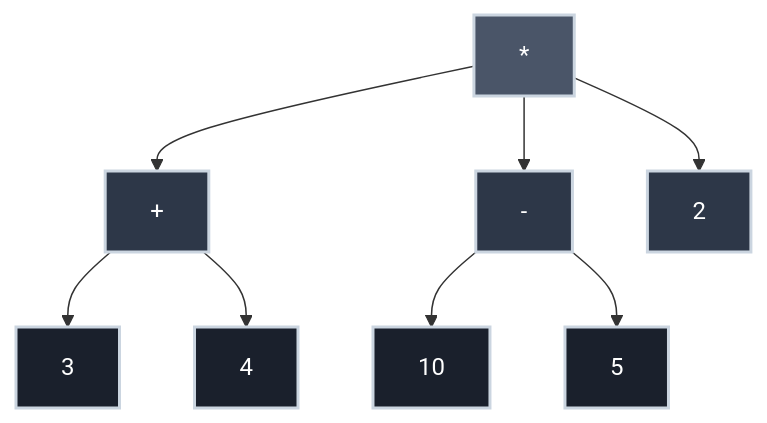
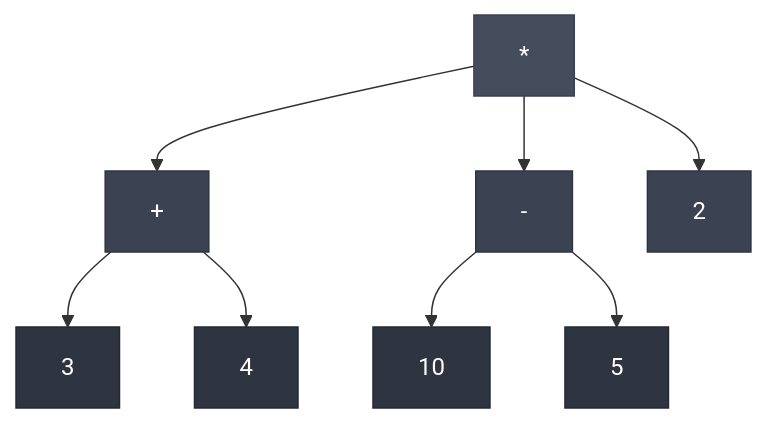
One commit to bradpenney/exploring_computer_science changed the fourth of 8 diagrams in docs/fundamentals/scheme_and_parse_trees.md. Above: the diagram before and after it, drawn with Mermaid. The commit also changed other lines of this file and 7 other files, not shown here.

````diff
--- a/docs/fundamentals/scheme_and_parse_trees.md
+++ b/docs/fundamentals/scheme_and_parse_trees.md
@@ -238,19 +287,19 @@
-```mermaid
-graph TD
-    Times["*"] --> Plus["+"]
-    Times --> Minus["-"]
-    Times --> Two["2"]
-    Plus --> Three["3"]
-    Plus --> Four["4"]
-    Minus --> Ten["10"]
-    Minus --> Five["5"]
+    ```mermaid
+    graph TD
+        Times["*"] --> Plus["+"]
+        Times --> Minus["-"]
+        Times --> Two["2"]
+        Plus --> Three["3"]
+        Plus --> Four["4"]
+        Minus --> Ten["10"]
+        Minus --> Five["5"]
 
-    style Times fill:#4a5568,stroke:#cbd5e0,stroke-width:2px,color:#fff
-    style Plus fill:#2d3748,stroke:#cbd5e0,stroke-width:2px,color:#fff
-    style Minus fill:#2d3748,stroke:#cbd5e0,stroke-width:2px,color:#fff
-    style Two fill:#2d3748,stroke:#cbd5e0,stroke-width:2px,color:#fff
-    style Three fill:#1a202c,stroke:#cbd5e0,stroke-width:2px,color:#fff
-    style Four fill:#1a202c,stroke:#cbd5e0,stroke-width:2px,color:#fff
-    style Ten fill:#1a202c,stroke:#cbd5e0,stroke-width:2px,color:#fff
-    style Five fill:#1a202c,stroke:#cbd5e0,stroke-width:2px,color:#fff
-```
+        style Times fill:#454d5d,stroke:#3b4252,color:#fff
+        style Plus fill:#3b4252,stroke:#2e3440,color:#fff
+        style Minus fill:#3b4252,stroke:#2e3440,color:#fff
+        style Two fill:#3b4252,stroke:#2e3440,color:#fff
+        style Three fill:#2e3440,stroke:#242933,color:#fff
+        style Four fill:#2e3440,stroke:#242933,color:#fff
+        style Ten fill:#2e3440,stroke:#242933,color:#fff
+        style Five fill:#2e3440,stroke:#242933,color:#fff
+    ```
````
